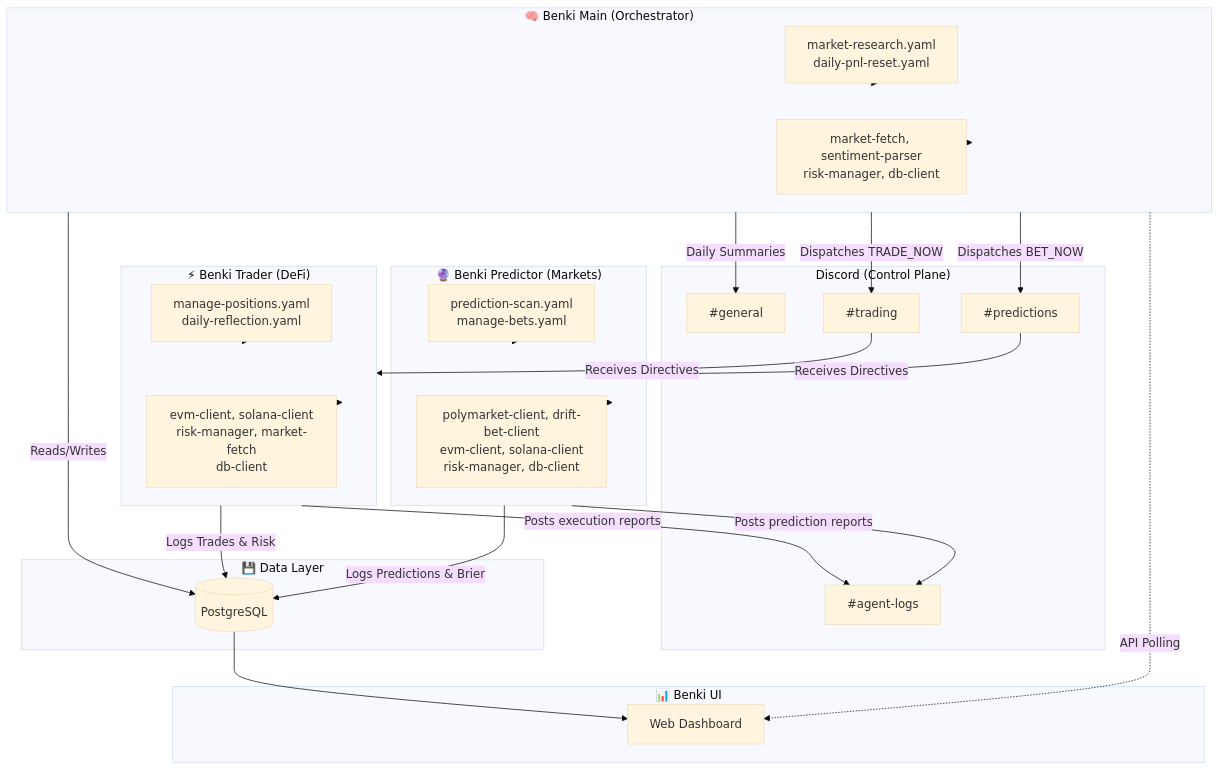
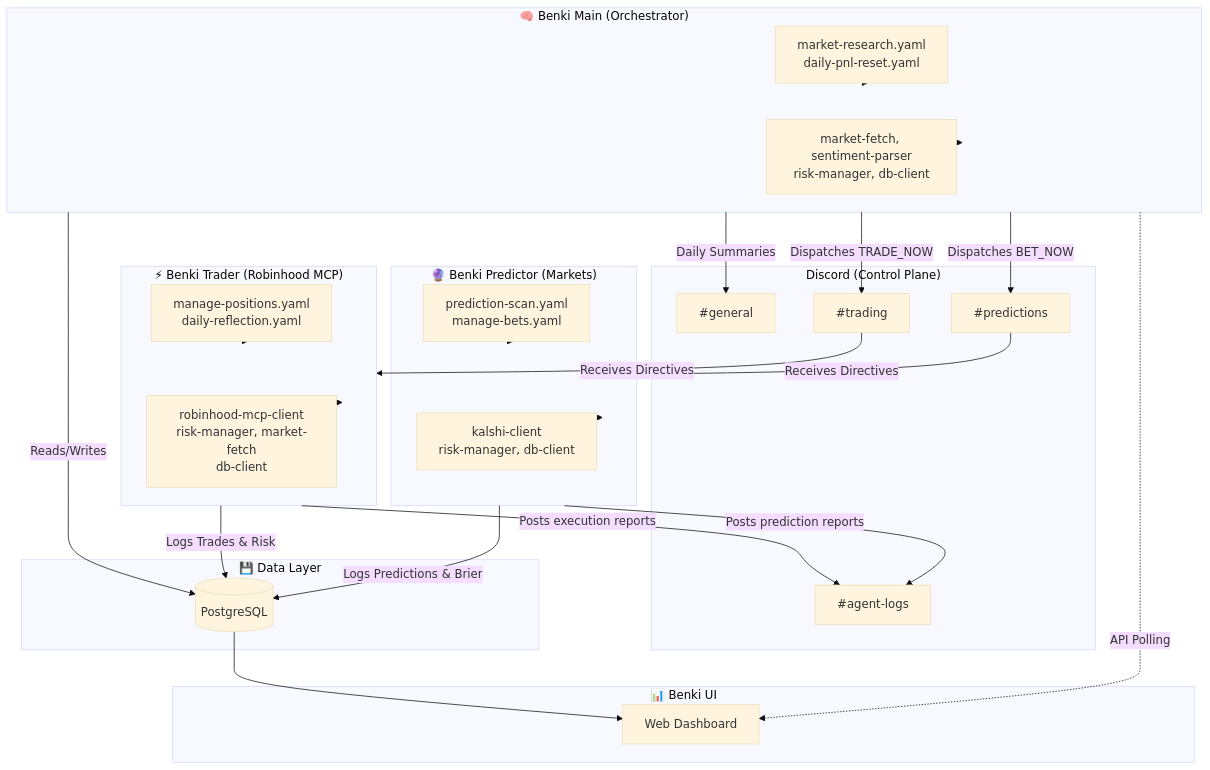
One commit to Narainprakash/hermes_agent_build changed the diagram in ARCHITECTURE.md. Above: the diagram before and after it, drawn with Mermaid (base theme). The commit also changed other lines of this file and 69 other files, not shown here.

````diff
--- a/ARCHITECTURE.md
+++ b/ARCHITECTURE.md
@@ -7,58 +7,58 @@
 ```mermaid
 flowchart TB
     subgraph Discord["Discord (Control Plane)"]
         UI_General[#general]
         UI_Trading[#trading]
         UI_Predict[#predictions]
         UI_Alerts[#agent-logs]
     end
 
     subgraph Orchestrator["🧠 Benki Main (Orchestrator)"]
         CronMain[market-research.yaml\ndaily-pnl-reset.yaml]
         PluginM[market-fetch, sentiment-parser\nrisk-manager, db-client]
     end
 
-    subgraph Trader["⚡ Benki Trader (DeFi)"]
+    subgraph Trader["⚡ Benki Trader (Robinhood MCP)"]
         CronT[manage-positions.yaml\ndaily-reflection.yaml]
-        PluginT[evm-client, solana-client\nrisk-manager, market-fetch\ndb-client]
+        PluginT[robinhood-mcp-client\nrisk-manager, market-fetch\ndb-client]
     end
 
     subgraph Predictor["🔮 Benki Predictor (Markets)"]
         CronP[prediction-scan.yaml\nmanage-bets.yaml]
-        PluginP[polymarket-client, drift-bet-client\nevm-client, solana-client\nrisk-manager, db-client]
+        PluginP[kalshi-client\nrisk-manager, db-client]
     end
 
     subgraph DataLayer["💾 Data Layer"]
         DB[(PostgreSQL)]
     end
     
     subgraph Dashboard["📊 Benki UI"]
         WebUI[Web Dashboard]
     end
 
     %% Orchestrator connections
     CronMain --> Orchestrator
     PluginM -.-> Orchestrator
     Orchestrator -- "Reads/Writes" --> DB
     Orchestrator -- "Dispatches TRADE_NOW" --> UI_Trading
     Orchestrator -- "Dispatches BET_NOW" --> UI_Predict
     Orchestrator -- "Daily Summaries" --> UI_General
 
     %% Trader connections
     UI_Trading -- "Receives Directives" --> Trader
     CronT --> Trader
     PluginT -.-> Trader
     Trader -- "Logs Trades & Risk" --> DB
     Trader -- "Posts execution reports" --> UI_Alerts
 
     %% Predictor connections
     UI_Predict -- "Receives Directives" --> Predictor
     CronP --> Predictor
     PluginP -.-> Predictor
     Predictor -- "Logs Predictions & Brier" --> DB
     Predictor -- "Posts prediction reports" --> UI_Alerts
 
     %% Dashboard
     DB --> WebUI
     Orchestrator -. "API Polling" .-> WebUI
 ```
````
